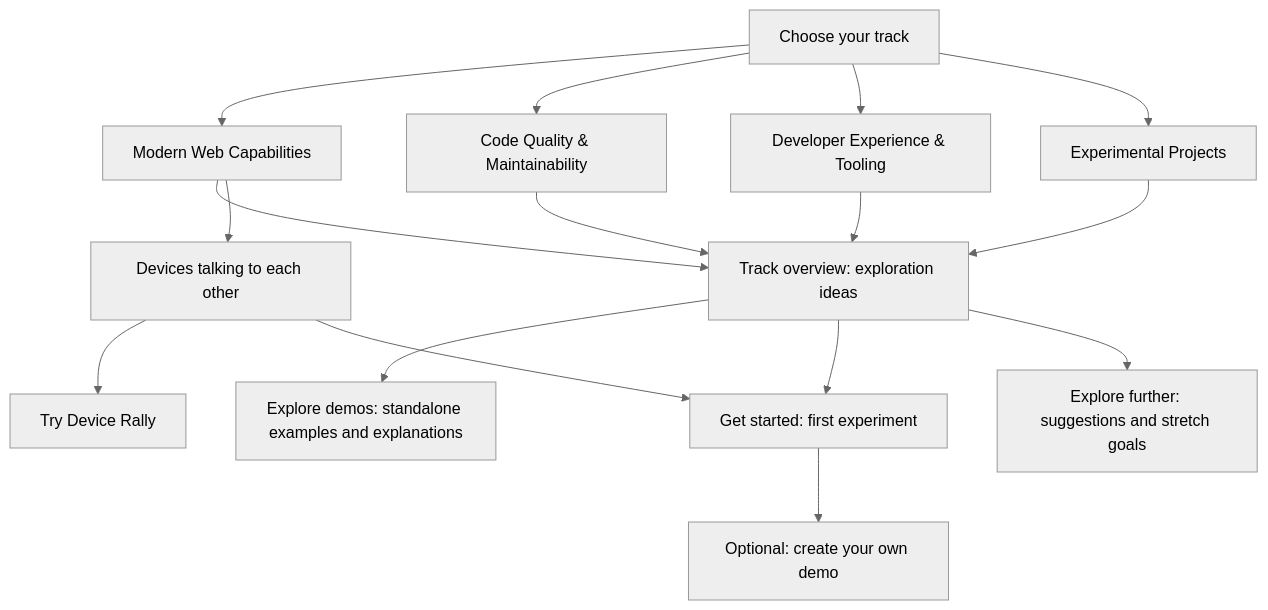
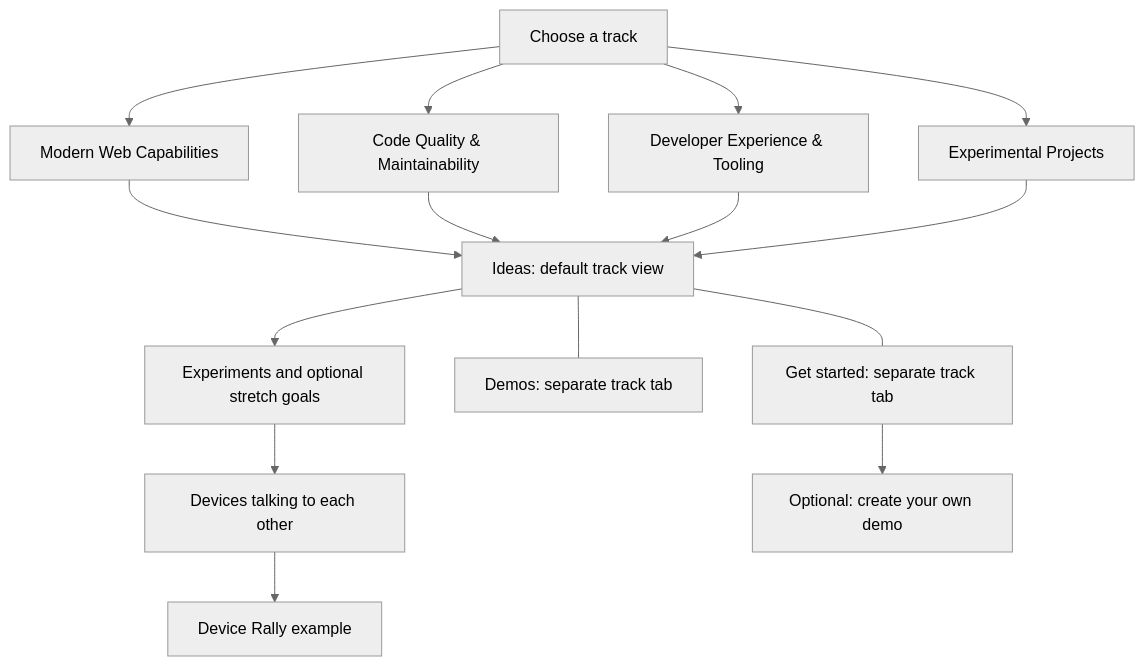
The diagram in gallery/docs/navigation.mmd (mortenbroesby/frontend-lab), drawn with Mermaid (neutral theme) before and after one commit. The commit also changed 21 other files, not shown here.

Commit message:
Default each track to ideas with separate demos and setup tabs

```diff
--- a/gallery/docs/navigation.mmd
+++ b/gallery/docs/navigation.mmd
@@ -1,13 +1,12 @@
 flowchart TD
-  Home[Choose your track] --> Modern[Modern Web Capabilities]
+  Home[Choose a track] --> Modern[Modern Web Capabilities]
   Home --> Quality[Code Quality & Maintainability]
   Home --> Tooling[Developer Experience & Tooling]
   Home --> Projects[Experimental Projects]
-  Modern & Quality & Tooling & Projects --> Overview[Track overview: exploration ideas]
-  Overview --> Demos[Explore demos: standalone examples and explanations]
-  Overview --> Start[Get started: first experiment]
-  Overview --> Ideas[Explore further: suggestions and stretch goals]
-  Modern --> Devices[Devices talking to each other]
-  Devices --> Rally[Try Device Rally]
-  Devices --> Start
+  Modern & Quality & Tooling & Projects --> Ideas[Ideas: default track view]
+  Ideas --> Details[Experiments and optional stretch goals]
+  Ideas --- Demos[Demos: separate track tab]
+  Ideas --- Start[Get started: separate track tab]
+  Details --> Devices[Devices talking to each other]
+  Devices --> Rally[Device Rally example]
   Start --> Create[Optional: create your own demo]
```
